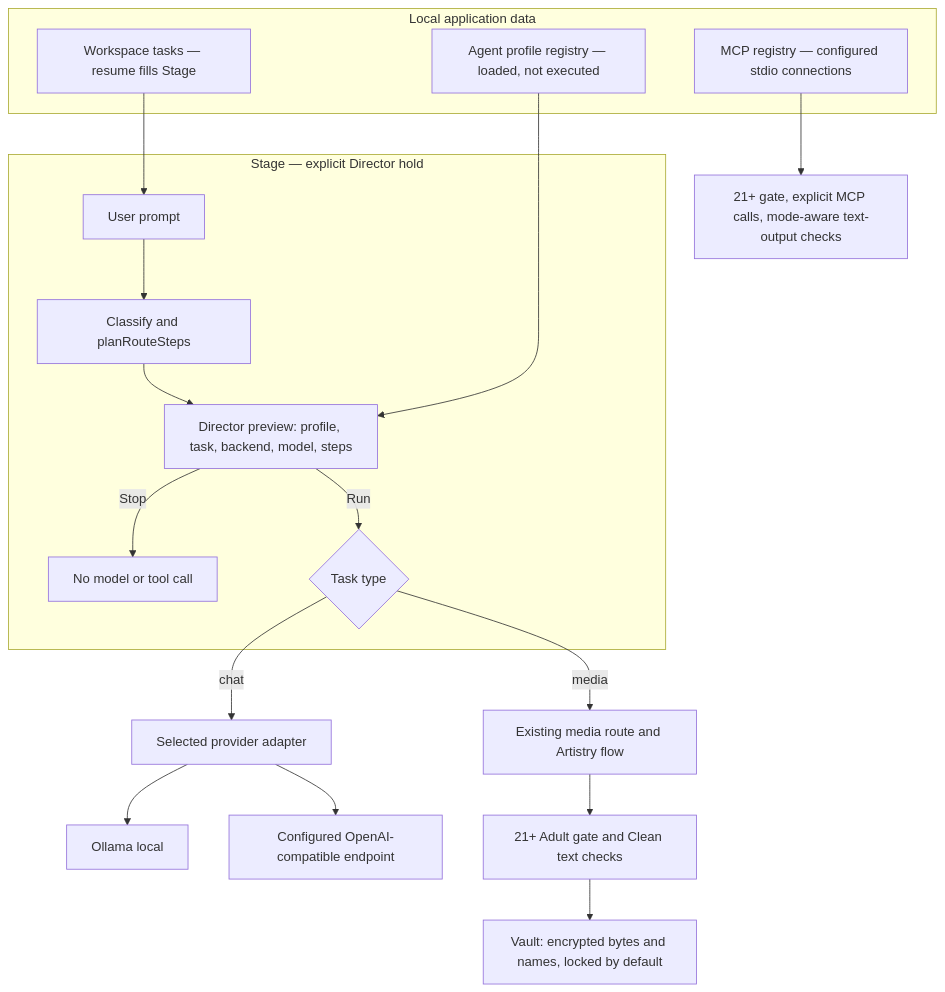
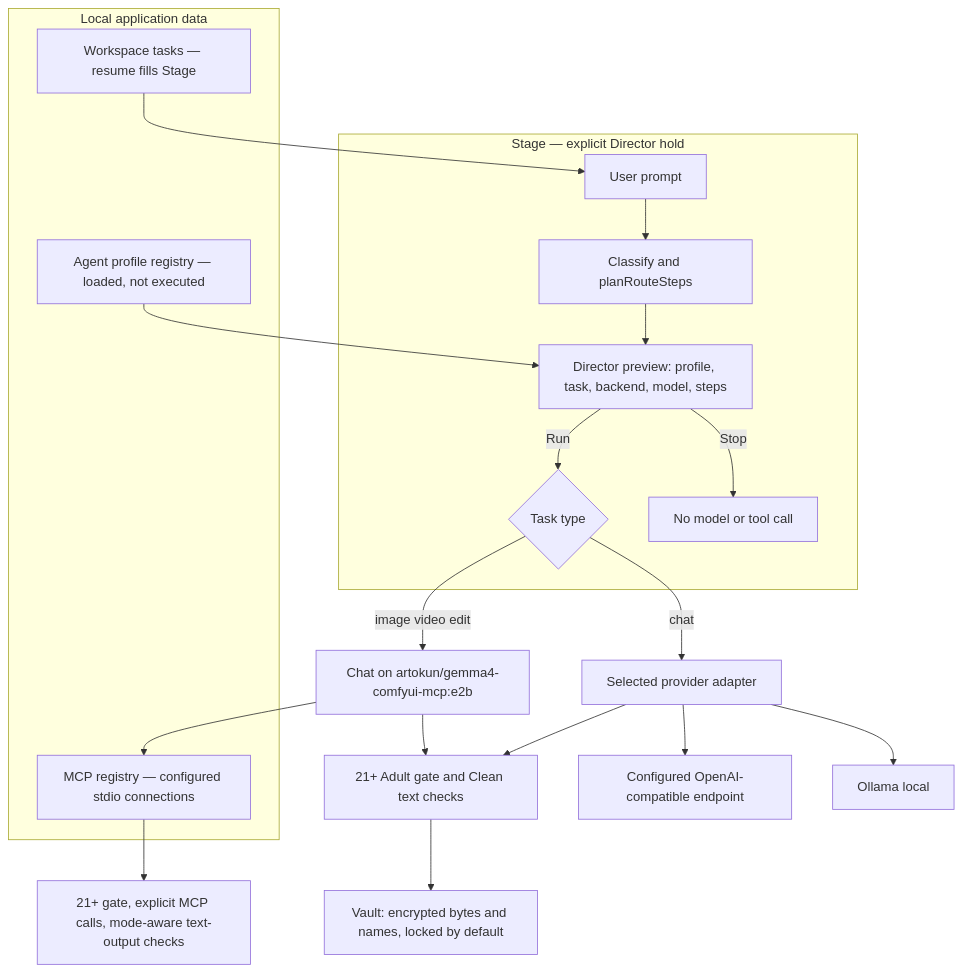
One commit to youandinotai/trolly-agent changed the diagram in docs/ARCHITECTURE.md. Above: the diagram before and after it, drawn with Mermaid. The commit also changed other lines of this file and 13 other files, not shown here.

First line of the commit message:
Keep media jobs in chat on the Comfy Gemma MCP model.

````diff
--- a/docs/ARCHITECTURE.md
+++ b/docs/ARCHITECTURE.md
@@ -3,23 +3,25 @@
 ```mermaid
 graph TD
   subgraph Stage["Stage — explicit Director hold"]
     U[User prompt] --> R[Classify and planRouteSteps]
     R --> D[Director preview: profile, task, backend, model, steps]
     D -->|Stop| X[No model or tool call]
     D -->|Run| C{Task type}
   end
   C -->|chat| P[Selected provider adapter]
   P --> O[Ollama local]
   P --> G[Configured OpenAI-compatible endpoint]
-  C -->|media| A[Existing media route and Artistry flow]
-  A --> S[21+ Adult gate and Clean text checks]
+  C -->|image video edit| M["Chat on artokun/gemma4-comfyui-mcp:e2b"]
+  M --> MC
+  P --> S[21+ Adult gate and Clean text checks]
+  M --> S
   subgraph Local["Local application data"]
     AG[Agent profile registry — loaded, not executed]
     W[Workspace tasks — resume fills Stage]
     MC[MCP registry — configured stdio connections]
   end
   AG --> D
   W --> U
   MC --> T[21+ gate, explicit MCP calls, mode-aware text-output checks]
   S --> V[Vault: encrypted bytes and names, locked by default]
 ```
````
